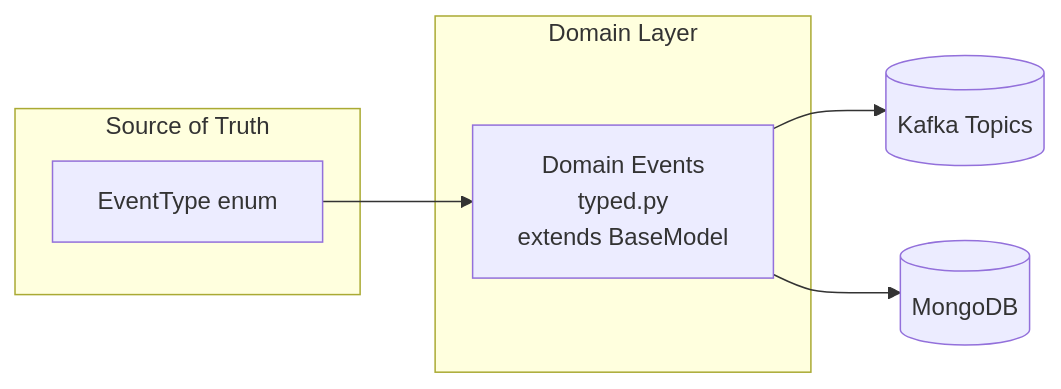
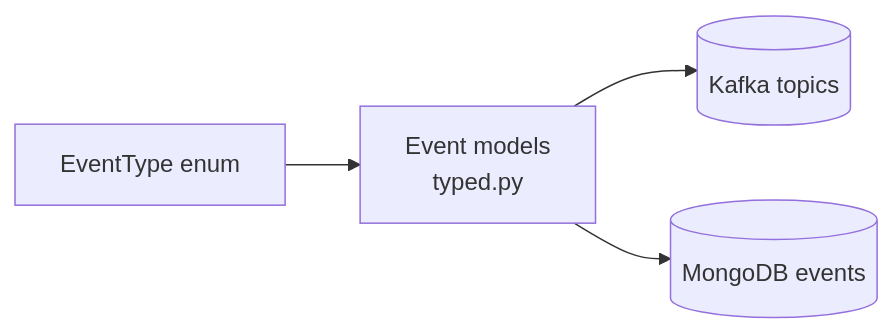
The first of 3 diagrams in docs/architecture/event-system-design.md (HardMax71/Integr8sCode), drawn with Mermaid before and after one commit. The commit also changed other lines of this file and 304 other files, not shown here.

````diff
--- a/docs/architecture/event-system-design.md
+++ b/docs/architecture/event-system-design.md
@@ -9,14 +5,6 @@
 ```mermaid
 graph LR
-    subgraph "Source of Truth"
-        ET[EventType enum]
-    end
-
-    subgraph "Domain Layer"
-        DE[Domain Events<br/>typed.py<br/>extends BaseModel]
-    end
-
-    ET --> DE
-    DE --> Kafka[(Kafka Topics)]
-    DE --> MongoDB[(MongoDB)]
+    ET[EventType enum] --> DE["Event models<br/>typed.py"]
+    DE --> Kafka[(Kafka topics)]
+    DE --> MongoDB[(MongoDB events)]
 ```
````
